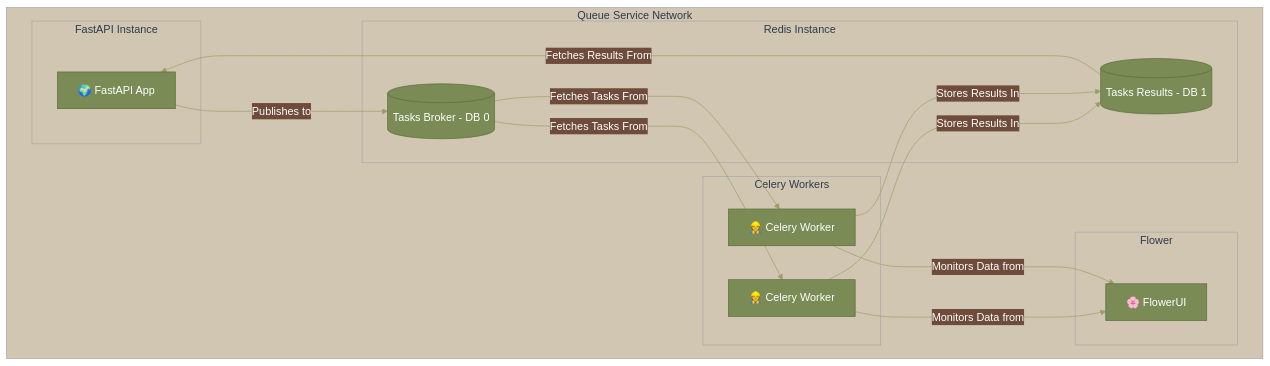
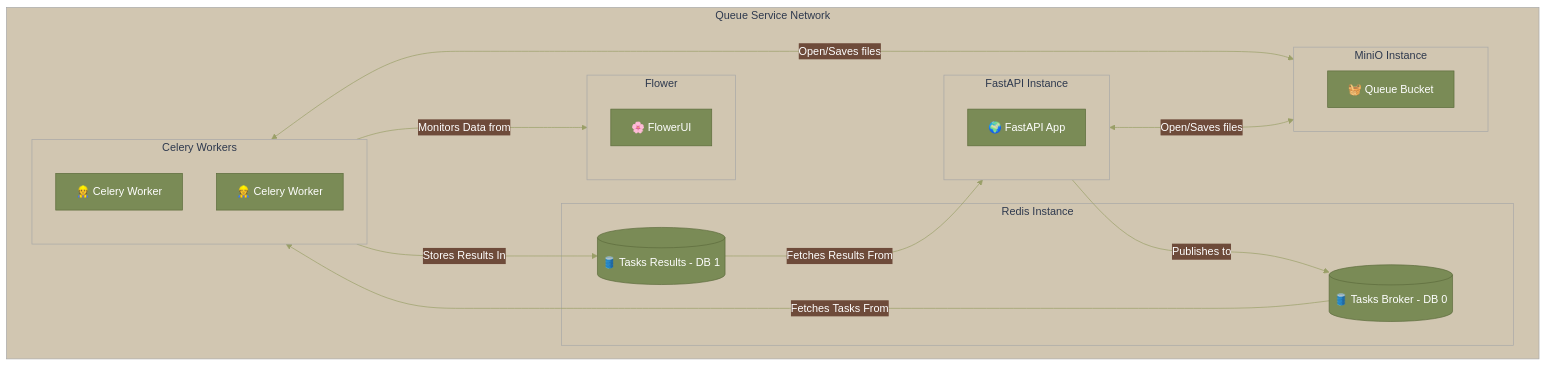
Before and after one commit to OmdenaAI/CordobaArgentinaChapter_MonitoringLandUseTransformation: the diagram in queue_service/README.md, drawn with Mermaid. The commit also changed other lines of this file and 3 other files, not shown here.

Commit message:
feat: MiniO for S3 Bucket Simulation

````diff
--- a/queue_service/README.md
+++ b/queue_service/README.md
@@ -5,50 +5,57 @@
 ```mermaid
 %%{
   init: {
     'theme': 'base',
     'themeVariables': {
       'primaryColor': '#7A8B56',
       'primaryTextColor': '#FFFFFF',
       'primaryBorderColor': '#5C6B3B',
       'lineColor': '#9A9F68',
       'secondaryColor': '#6E4B3A',
       'tertiaryColor': '#D1C6B1'
     }
   }
 }%%
 
 graph TB;
 
     subgraph Network[Queue Service Network]
         Redis
         CeleryWorkers
         Flower
         FastAPI
+        MiniO
     end
     
     subgraph CeleryWorkers[Celery Workers]
         Worker1["👷 Celery Worker"]
         WorkerN["👷 Celery Worker"]
     end
 
     subgraph Flower[Flower]
       FlowerUI["🌸 FlowerUI"]
     end
 
     subgraph Redis[Redis Instance]
-        RedisBroker@{ shape: cyl, label: "Tasks Broker - DB 0" }
-        RedisBackend@{ shape: cyl, label: "Tasks Results - DB 1" }
+        RedisBroker@{ shape: cyl, label: "🛢️ Tasks Broker - DB 0" }
+        RedisBackend@{ shape: cyl, label: "🛢️ Tasks Results - DB 1" }
     end
 
     subgraph FastAPI[FastAPI Instance]
         API["🌍 FastAPI App"]
     end
 
-    Worker1 & WorkerN --->|Stores Results In| RedisBackend
-    Worker1 & WorkerN --->|Monitors Data from| FlowerUI
-    RedisBackend --->|Fetches Results From | API
-    API --->|Publishes to| RedisBroker 
-    RedisBroker --->|Fetches Tasks From| Worker1 & WorkerN  
+    subgraph MiniO[MiniO Instance]
+      QueueBucket["🧺 Queue Bucket"]
+    end
+
+    CeleryWorkers --->|Stores Results In| RedisBackend
+    CeleryWorkers --->|Monitors Data from| Flower
+    RedisBackend --->|Fetches Results From | FastAPI
+    CeleryWorkers <--->|Open/Saves files| MiniO
+    FastAPI <--->|Open/Saves files| MiniO
+    FastAPI --->|Publishes to| RedisBroker 
+    RedisBroker --->|Fetches Tasks From| CeleryWorkers  
 
 
 ```
````
